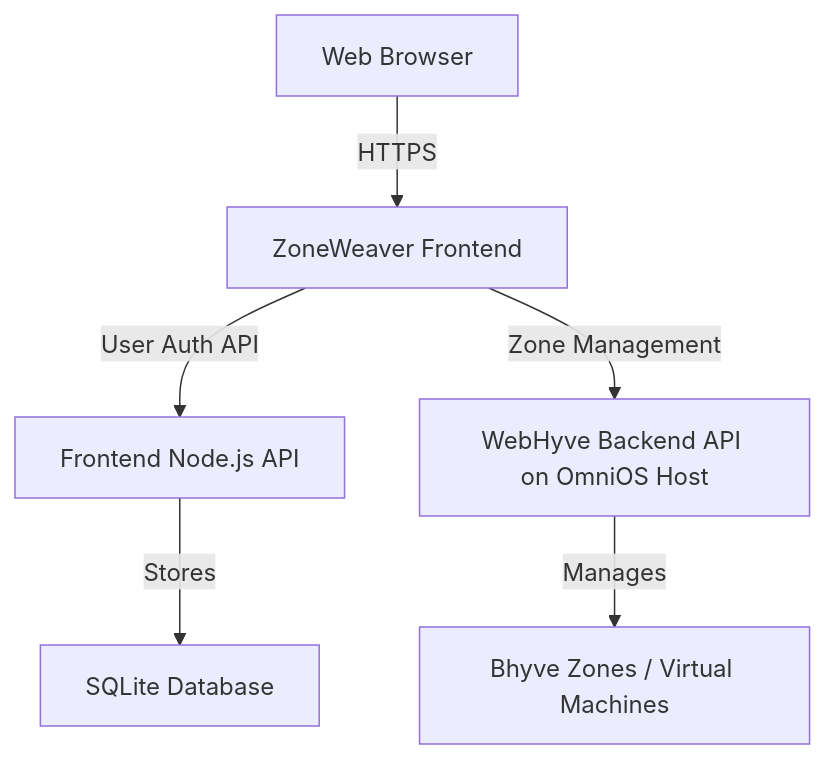
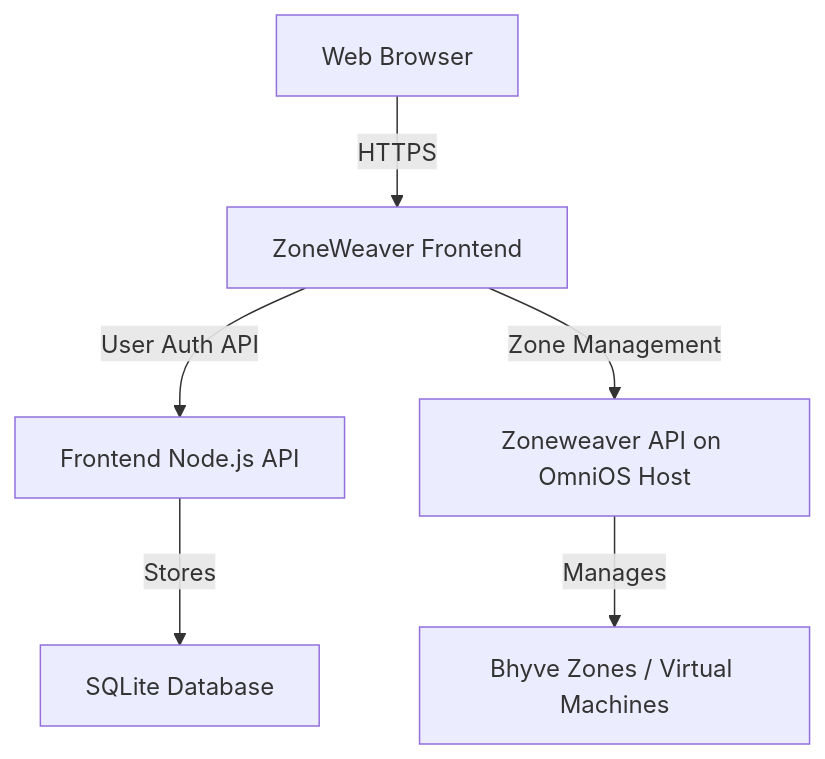
The diagram in docs/index.md (Makr91/zoneweaver), drawn with Mermaid before and after one commit. The commit also changed other lines of this file and 77 other files, not shown here.

````diff
--- a/docs/index.md
+++ b/docs/index.md
@@ -36,8 +36,8 @@
 ```mermaid
 graph TD
     A[Web Browser] -- HTTPS --> B[ZoneWeaver Frontend];
     B -- User Auth API --> C[Frontend Node.js API];
-    B -- Zone Management --> D[WebHyve Backend API on OmniOS Host];
+    B -- Zone Management --> D[Zoneweaver API on OmniOS Host];
     D -- Manages --> E[Bhyve Zones / Virtual Machines];
     C -- Stores --> F[SQLite Database];
 ```
````
